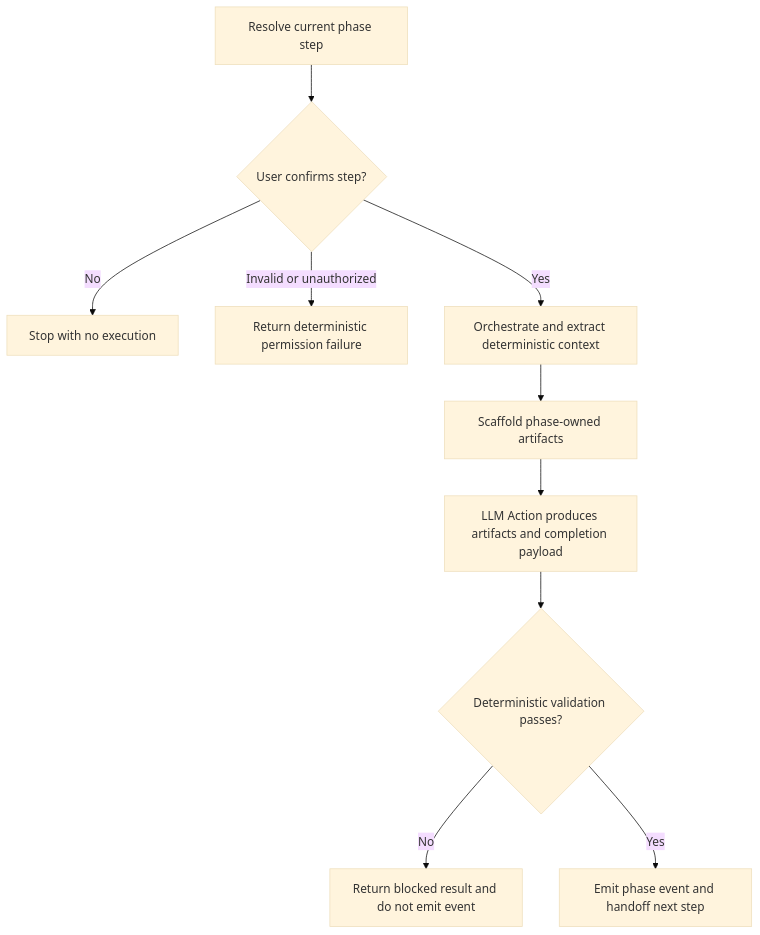
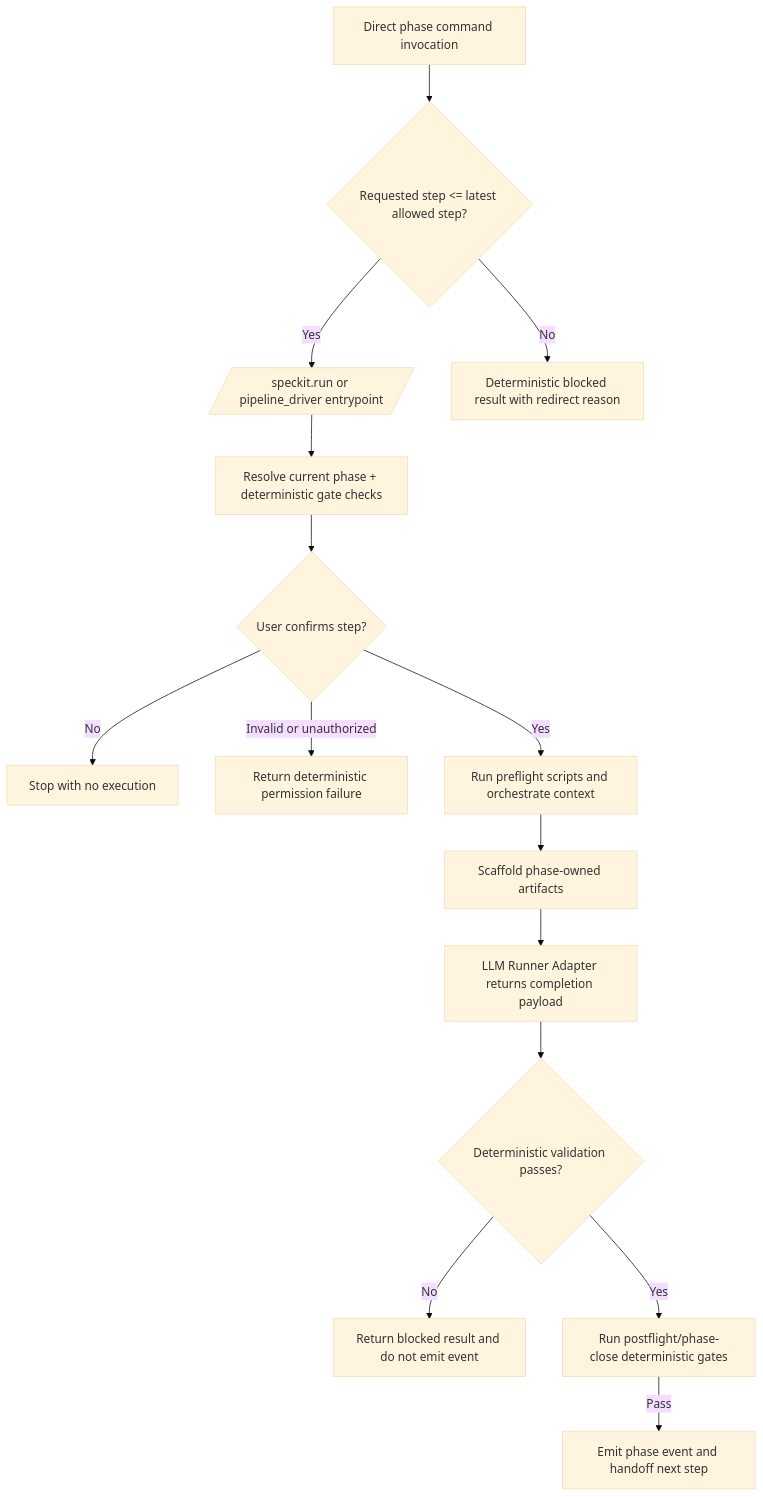
The diagram in specs/023-deterministic-phase-orchestration/spec.md (aborczuk/app-foundation), drawn with Mermaid (base theme) before and after one commit. The commit also changed other lines of this file and 6 other files, not shown here.

````diff
--- a/specs/023-deterministic-phase-orchestration/spec.md
+++ b/specs/023-deterministic-phase-orchestration/spec.md
@@ -73,12 +90,17 @@
 ```mermaid
 flowchart TD
-    A[Resolve current phase step] --> B{User confirms step?}
-    B -->|No| C[Stop with no execution]
-    B -->|Invalid or unauthorized| D[Return deterministic permission failure]
-    B -->|Yes| E[Orchestrate and extract deterministic context]
-    E --> F[Scaffold phase-owned artifacts]
-    F --> G[LLM Action produces artifacts and completion payload]
-    G --> H{Deterministic validation passes?}
-    H -->|No| I[Return blocked result and do not emit event]
-    H -->|Yes| J[Emit phase event and handoff next step]
+    A[/speckit.run or pipeline_driver entrypoint/] --> B[Resolve current phase + deterministic gate checks]
+    B --> C{User confirms step?}
+    C -->|No| D[Stop with no execution]
+    C -->|Invalid or unauthorized| E[Return deterministic permission failure]
+    C -->|Yes| F[Run preflight scripts and orchestrate context]
+    F --> G[Scaffold phase-owned artifacts]
+    G --> H[LLM Runner Adapter returns completion payload]
+    H --> I{Deterministic validation passes?}
+    I -->|No| J[Return blocked result and do not emit event]
+    I -->|Yes| K[Run postflight/phase-close deterministic gates]
+    K -->|Pass| L[Emit phase event and handoff next step]
+    M[Direct phase command invocation] --> N{Requested step <= latest allowed step?}
+    N -->|Yes| A
+    N -->|No| O[Deterministic blocked result with redirect reason]
 ```
````
